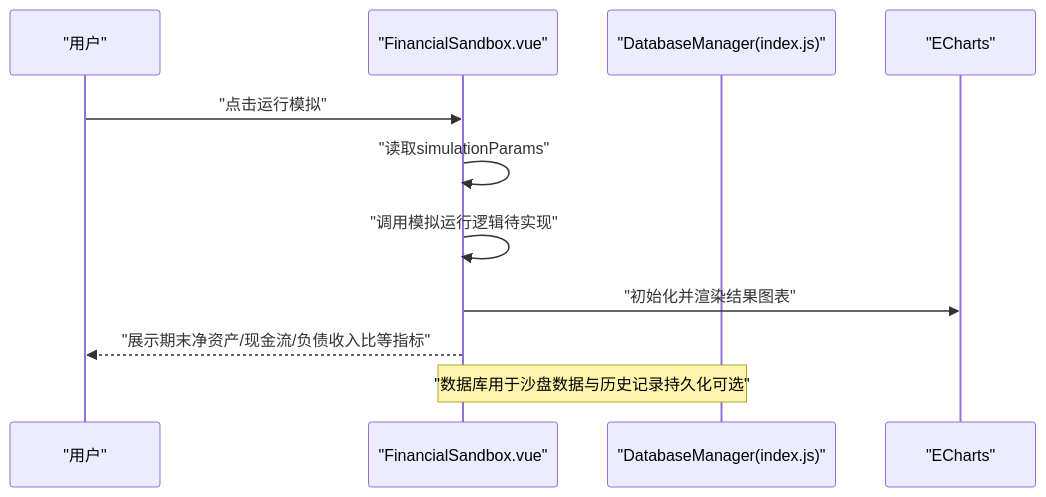
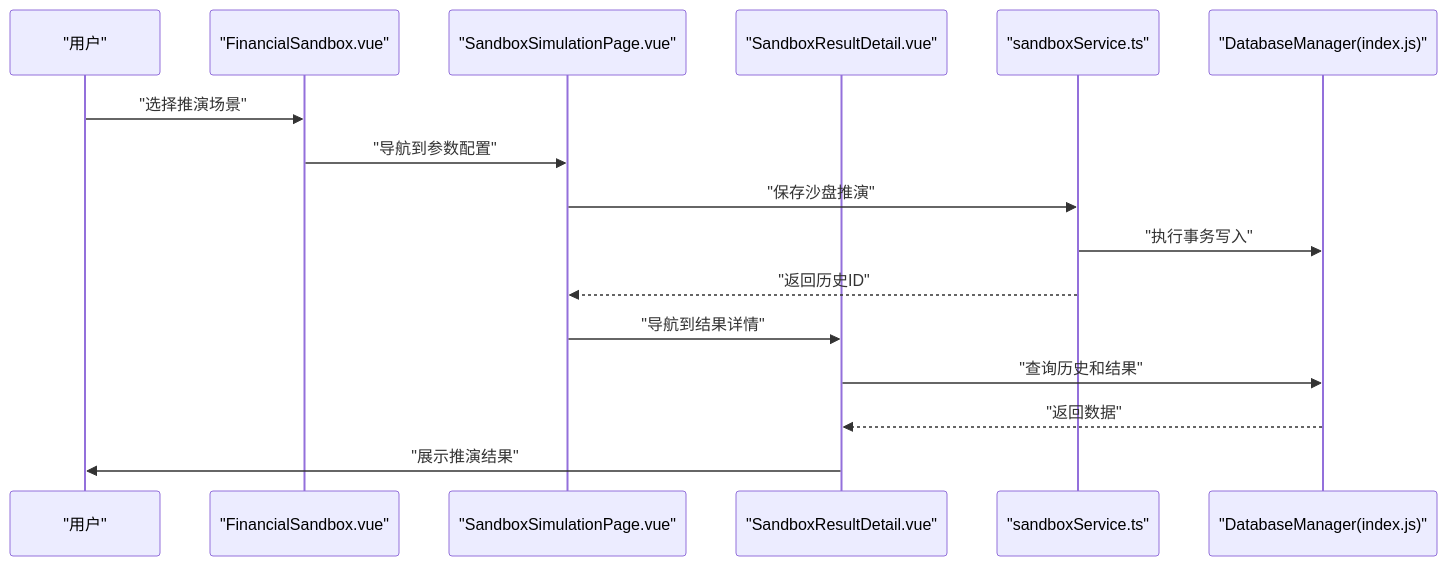
One commit to xiao-lin-unit/yuan changed the second of 3 diagrams in .qoder/repowiki/zh/content/财务分析/财务沙盘.md. Above: the diagram before and after it, drawn with Mermaid. The commit also changed other lines of this file and 24 other files, not shown here.

````diff
--- a/.qoder/repowiki/zh/content/财务分析/财务沙盘.md
+++ b/.qoder/repowiki/zh/content/财务分析/财务沙盘.md
@@ -134,13 +142,18 @@
 ```mermaid
 sequenceDiagram
 participant U as "用户"
-participant UI as "FinancialSandbox.vue"
+participant FS as "FinancialSandbox.vue"
+participant SP as "SandboxSimulationPage.vue"
+participant SR as "SandboxResultDetail.vue"
+participant SS as "sandboxService.ts"
 participant DB as "DatabaseManager(index.js)"
-participant Chart as "ECharts"
-U->>UI : "点击运行模拟"
-UI->>UI : "读取simulationParams"
-UI->>UI : "调用模拟运行逻辑待实现"
-UI->>Chart : "初始化并渲染结果图表"
-UI-->>U : "展示期末净资产/现金流/负债收入比等指标"
-Note over UI,DB : "数据库用于沙盘数据与历史记录持久化可选"
+U->>FS : "选择推演场景"
+FS->>SP : "导航到参数配置"
+SP->>SS : "保存沙盘推演"
+SS->>DB : "执行事务写入"
+SS-->>SP : "返回历史ID"
+SP->>SR : "导航到结果详情"
+SR->>DB : "查询历史和结果"
+DB-->>SR : "返回数据"
+SR->>U : "展示推演结果"
 ```
````
